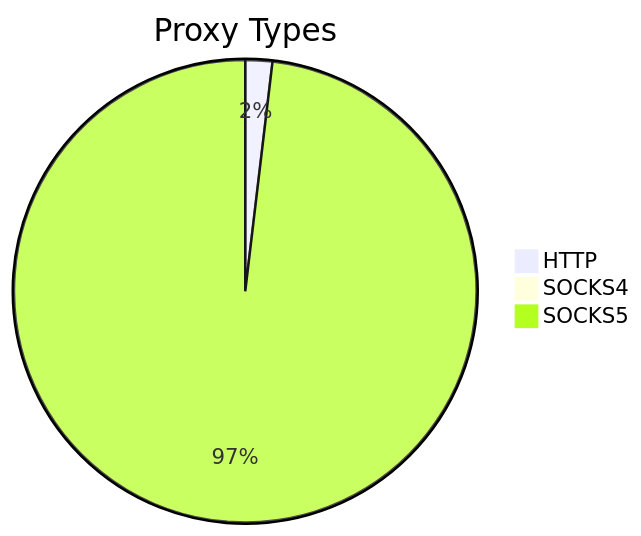
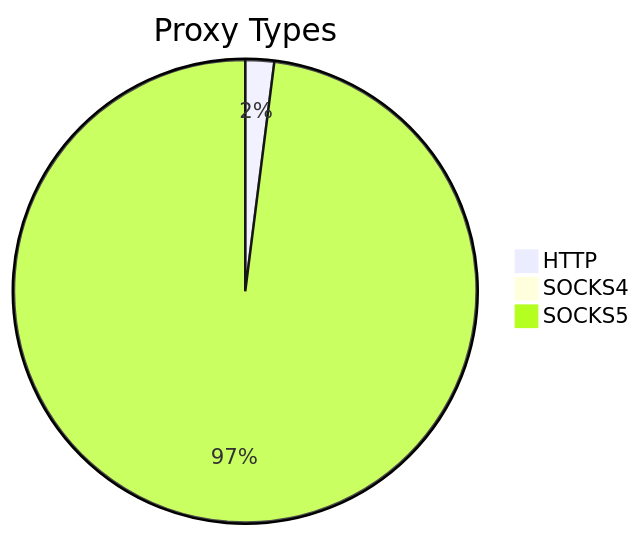
One commit to stormsia/proxy-list changed the first of 2 diagrams in README.md. Above: the diagram before and after it, drawn with Mermaid. The commit also changed other lines of this file, not shown here.

````diff
--- a/README.md
+++ b/README.md
@@ -21,6 +21,6 @@
 ```mermaid
 pie title Proxy Types
-    "HTTP" : 80
-    "SOCKS4" : 28
-    "SOCKS5" : 4168
+    "HTTP" : 96
+    "SOCKS4" : 34
+    "SOCKS5" : 4683
 ```
````
